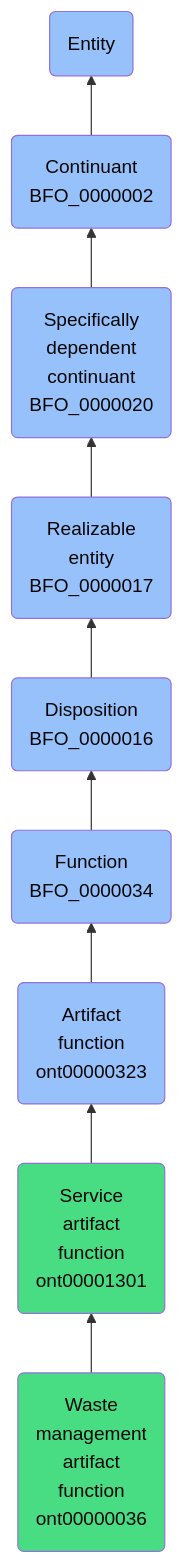
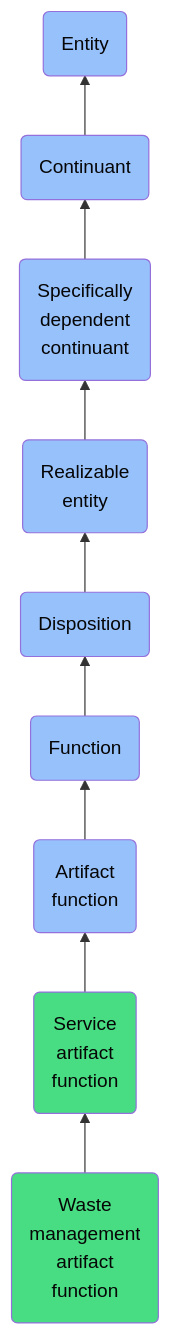
One commit to jupyter-naas/abi changed the diagram in docs/ontology/reference/model/Entity/Continuant/Specifically dependent continuant/Realizable entity/Disposition/Function/Artifact function/Service artifact function/Waste management artifact function/Waste management artifact function.md. Above: the diagram before and after it, drawn with Mermaid. The commit also changed other lines of this file and 1430 other files, not shown here.

````diff
--- a/docs/ontology/reference/model/Entity/Continuant/Specifically dependent continuant/Realizable entity/Disposition/Function/Artifact function/Service artifact function/Waste management artifact function/Waste management artifact function.md
+++ b/docs/ontology/reference/model/Entity/Continuant/Specifically dependent continuant/Realizable entity/Disposition/Function/Artifact function/Service artifact function/Waste management artifact function/Waste management artifact function.md
@@ -24,16 +24,16 @@
 ```mermaid
 graph BT
-    ont00000036(Waste<br>management<br>artifact<br>function<br>ont00000036):::ABI-->ont00001301
-    ont00001301(Service<br>artifact<br>function<br>ont00001301):::ABI-->ont00000323
-    ont00000323(Artifact<br>function<br>ont00000323):::BFO-->BFO_0000034
-    BFO_0000034(Function<br>BFO_0000034):::BFO-->BFO_0000016
-    BFO_0000016(Disposition<br>BFO_0000016):::BFO-->BFO_0000017
-    BFO_0000017(Realizable<br>entity<br>BFO_0000017):::BFO-->BFO_0000020
-    BFO_0000020(Specifically<br>dependent<br>continuant<br>BFO_0000020):::BFO-->BFO_0000002
-    BFO_0000002(Continuant<br>BFO_0000002):::BFO-->BFO_0000001
+    ont00000036(Waste<br>management<br>artifact<br>function):::ABI-->ont00001301
+    ont00001301(Service<br>artifact<br>function):::ABI-->ont00000323
+    ont00000323(Artifact<br>function):::BFO-->BFO_0000034
+    BFO_0000034(Function):::BFO-->BFO_0000016
+    BFO_0000016(Disposition):::BFO-->BFO_0000017
+    BFO_0000017(Realizable<br>entity):::BFO-->BFO_0000020
+    BFO_0000020(Specifically<br>dependent<br>continuant):::BFO-->BFO_0000002
+    BFO_0000002(Continuant):::BFO-->BFO_0000001
     BFO_0000001(Entity):::BFO
     
     classDef BFO fill:#97c1fb,color:#060606
     classDef CCO fill:#e4c51e,color:#060606
     classDef ABI fill:#48DD82,color:#060606
 ```
````
